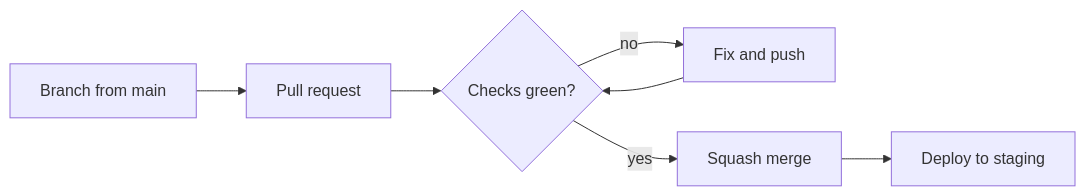
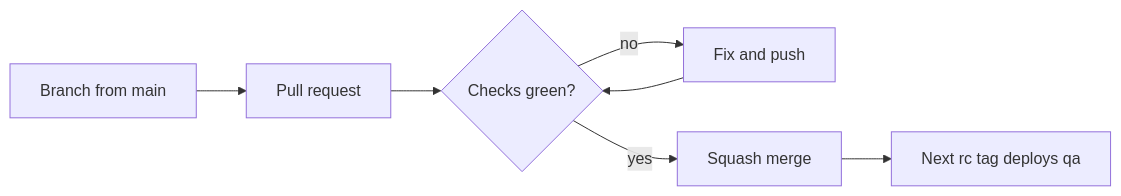
One commit to miketak/carbonos changed the diagram in docs/how-to/ship-a-change.md. Above: the diagram before and after it, drawn with Mermaid. The commit also changed other lines of this file and 20 other files, not shown here.

First line of the commit message:
chore(ci): promote one tagged commit through qa, staging and production; checks on every pull request (#52)

````diff
--- a/docs/how-to/ship-a-change.md
+++ b/docs/how-to/ship-a-change.md
@@ -12,8 +13,8 @@
 ```mermaid
 flowchart LR
-    accTitle: How a change reaches staging
-    accDescr: A branch becomes a pull request, CI runs the checks, a squash merge lands on main, and the merge deploys to staging.
+    accTitle: How a change reaches main and then qa
+    accDescr: A branch becomes a pull request, CI runs the checks, a squash merge lands on main, and the next release candidate tag deploys main to qa.
     branch[Branch from main] --> pr[Pull request] --> ci{Checks green?}
     ci -- no --> fix[Fix and push] --> ci
-    ci -- yes --> merge[Squash merge] --> staging[Deploy to staging]
+    ci -- yes --> merge[Squash merge] --> rc[Next rc tag deploys qa]
 ```
````
